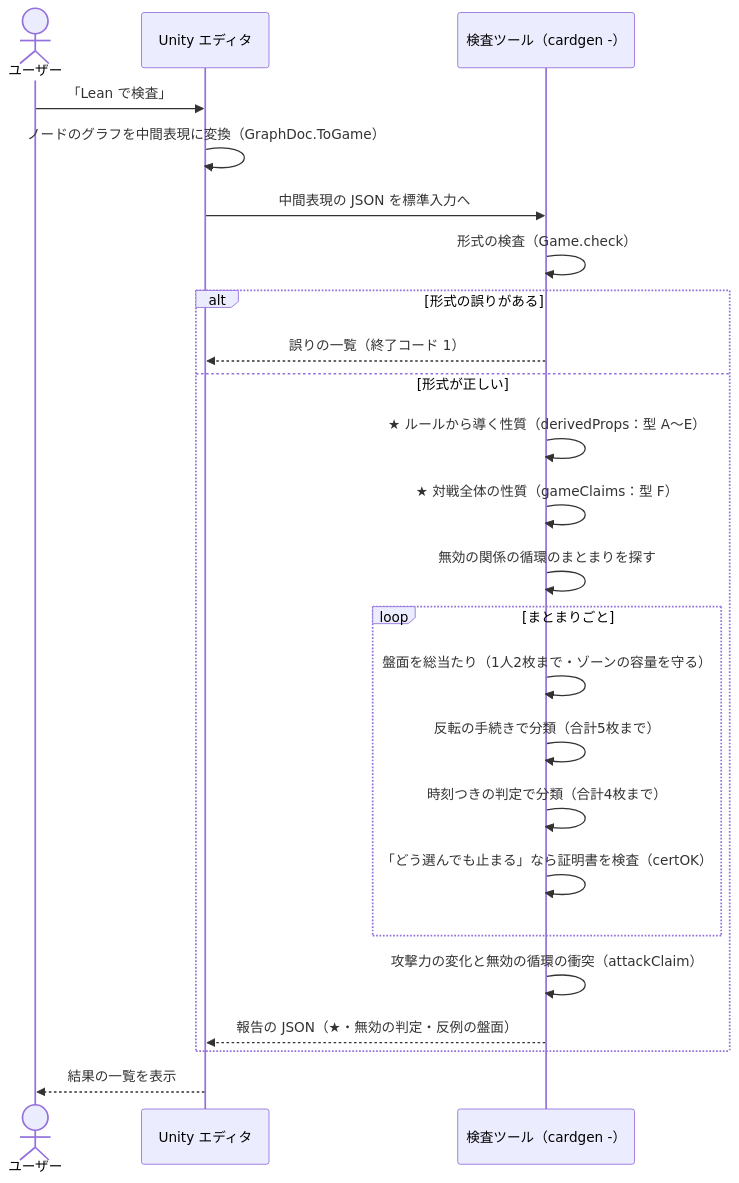
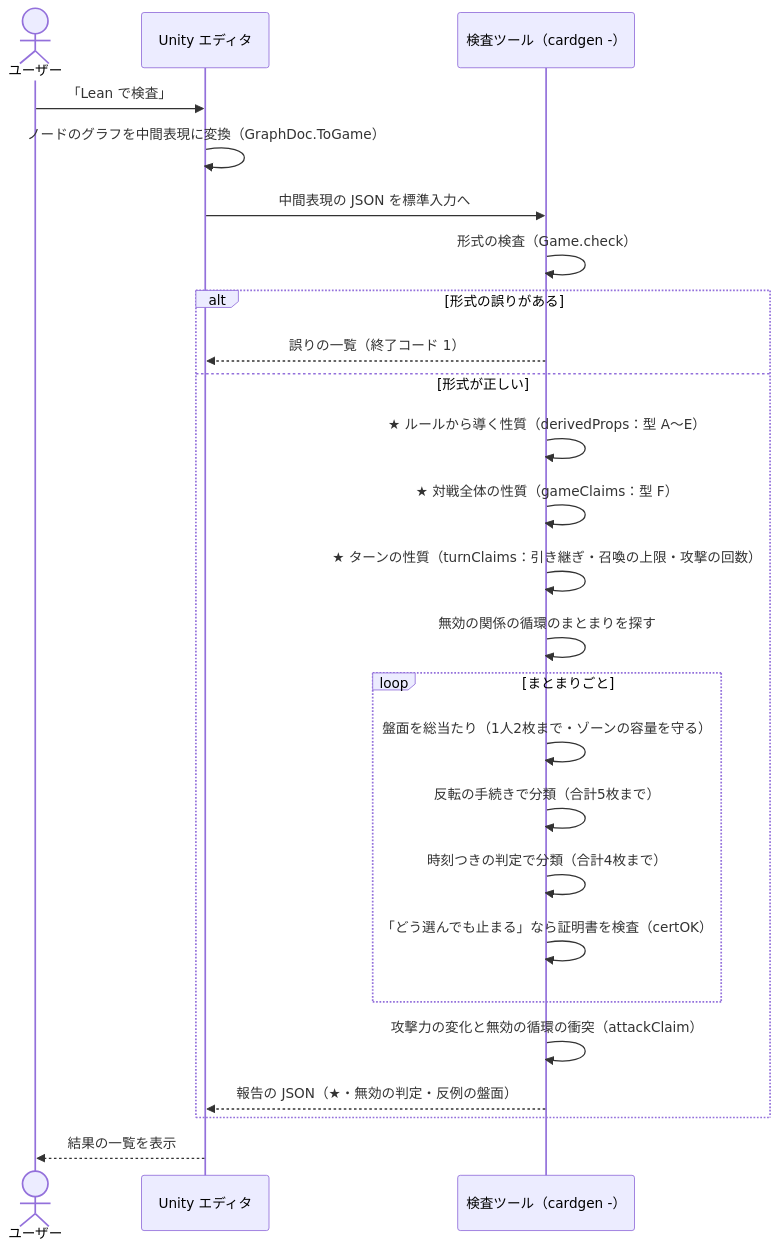
The third of 6 diagrams in アーキテクチャ.md (kotatu0047/yuugi-lean), drawn with Mermaid before and after one commit. The commit also changed other lines of this file and 24 other files, not shown here.

````diff
--- a/アーキテクチャ.md
+++ b/アーキテクチャ.md
@@ -92,26 +97,27 @@
 ```mermaid
 sequenceDiagram
   actor U as ユーザー
   participant E as Unity エディタ
   participant C as 検査ツール（cardgen -）
   U->>E: 「Lean で検査」
   E->>E: ノードのグラフを中間表現に変換（GraphDoc.ToGame）
   E->>C: 中間表現の JSON を標準入力へ
   C->>C: 形式の検査（Game.check）
   alt 形式の誤りがある
     C-->>E: 誤りの一覧（終了コード 1）
   else 形式が正しい
     C->>C: ★ ルールから導く性質（derivedProps：型 A〜E）
     C->>C: ★ 対戦全体の性質（gameClaims：型 F）
+    C->>C: ★ ターンの性質（turnClaims：引き継ぎ・召喚の上限・攻撃の回数）
     C->>C: 無効の関係の循環のまとまりを探す
     loop まとまりごと
       C->>C: 盤面を総当たり（1人2枚まで・ゾーンの容量を守る）
       C->>C: 反転の手続きで分類（合計5枚まで）
       C->>C: 時刻つきの判定で分類（合計4枚まで）
       C->>C: 「どう選んでも止まる」なら証明書を検査（certOK）
     end
     C->>C: 攻撃力の変化と無効の循環の衝突（attackClaim）
     C-->>E: 報告の JSON（★・無効の判定・反例の盤面）
   end
   E-->>U: 結果の一覧を表示
 ```
````
